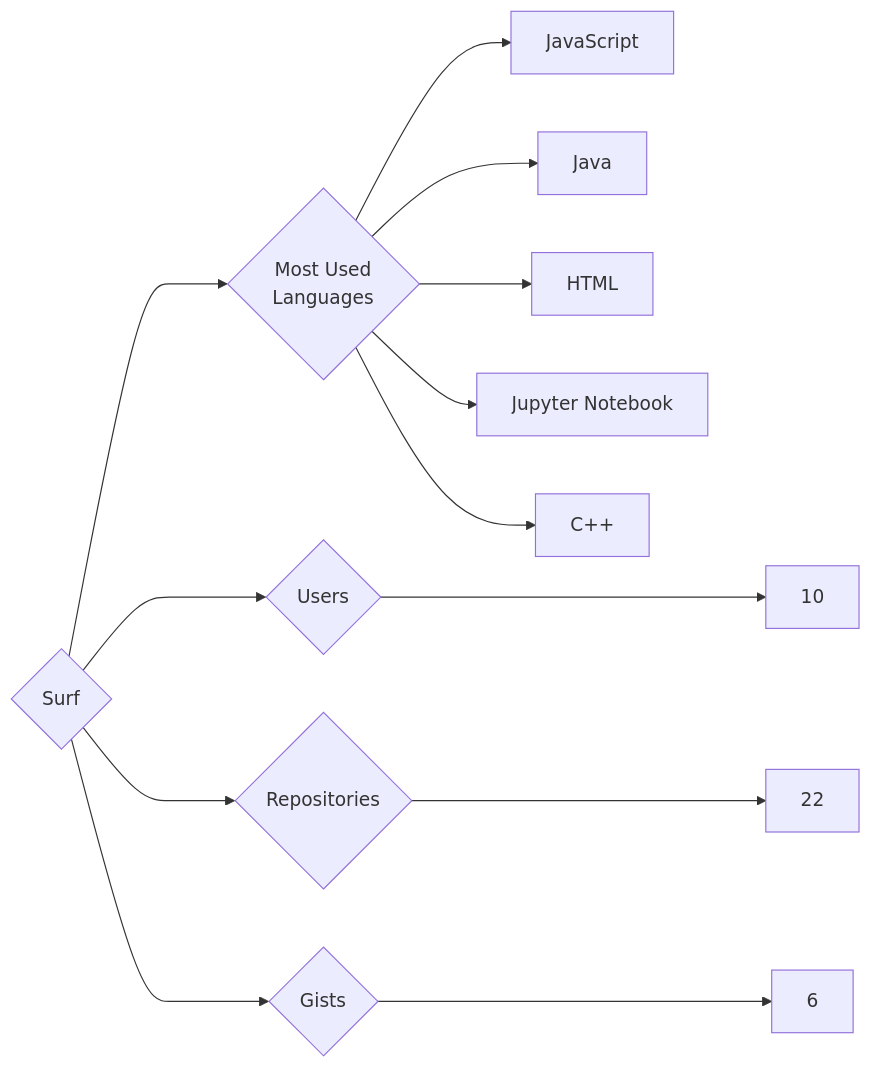
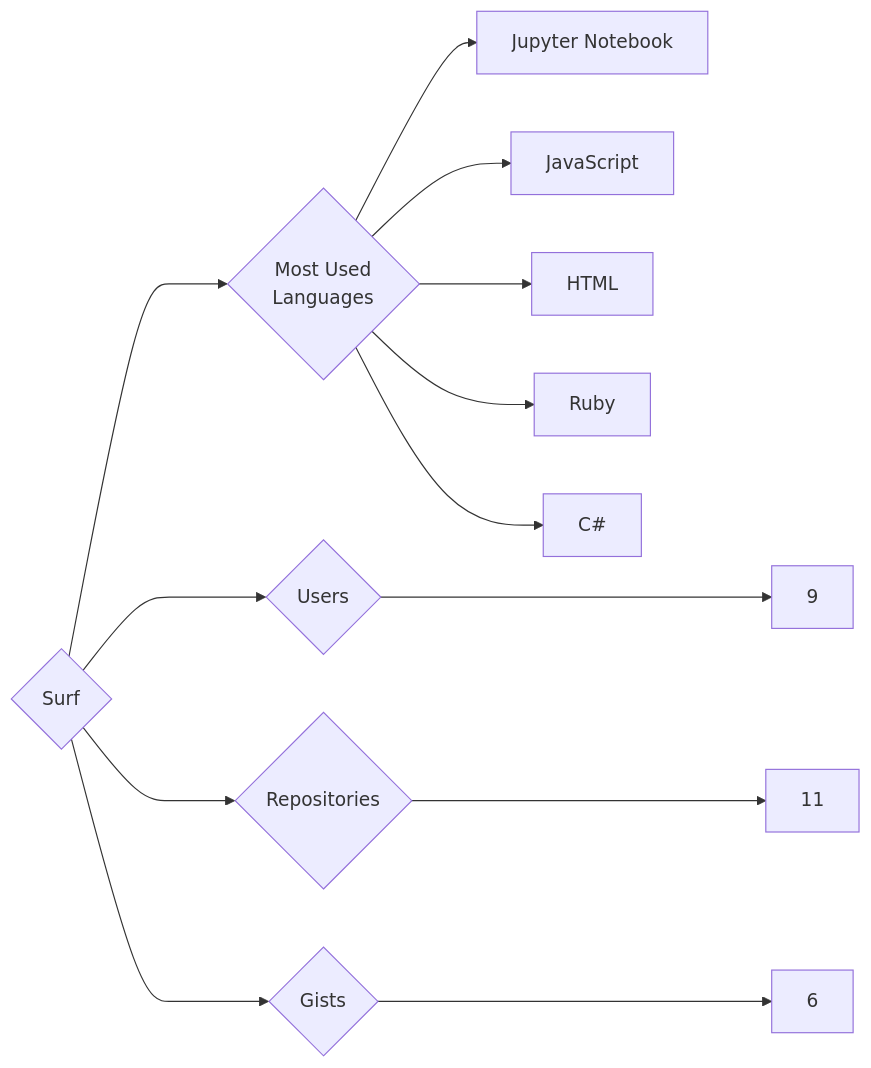
One commit to trickest/insiders changed the diagram in targets/Surf/README.md. Above: the diagram before and after it, drawn with Mermaid. The commit also changed 939 other files, not shown here.

````diff
--- a/targets/Surf/README.md
+++ b/targets/Surf/README.md
@@ -3,13 +3,13 @@
 ```mermaid
 graph LR
 COMPANY_NAME{Surf}
-COMPANY_NAME ---> U{Users} ---> UN[10]
-COMPANY_NAME ---> R{Repositories} ---> RN[22]
+COMPANY_NAME ---> U{Users} ---> UN[9]
+COMPANY_NAME ---> R{Repositories} ---> RN[11]
 COMPANY_NAME ---> G{Gists} ---> GN[6]
 COMPANY_NAME ---> ML{Most Used<br>Languages}
+ML --> Jupyter_Notebook[Jupyter Notebook]
 ML --> JavaScript[JavaScript]
-ML --> Java[Java]
 ML --> HTML[HTML]
-ML --> Jupyter_Notebook[Jupyter Notebook]
-ML --> C++[C++]
+ML --> Ruby[Ruby]
+ML --> C#[C#]
 ```
````
